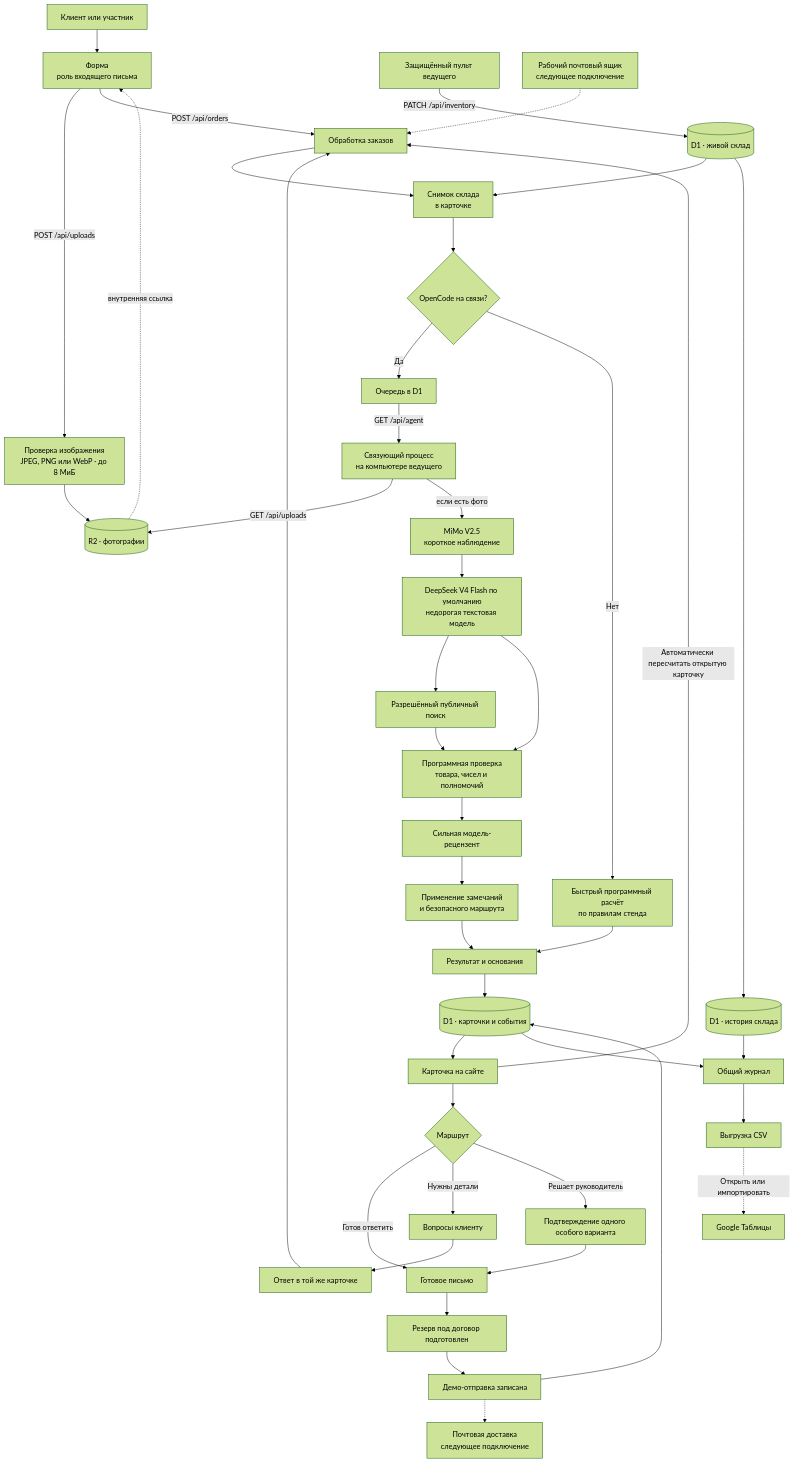
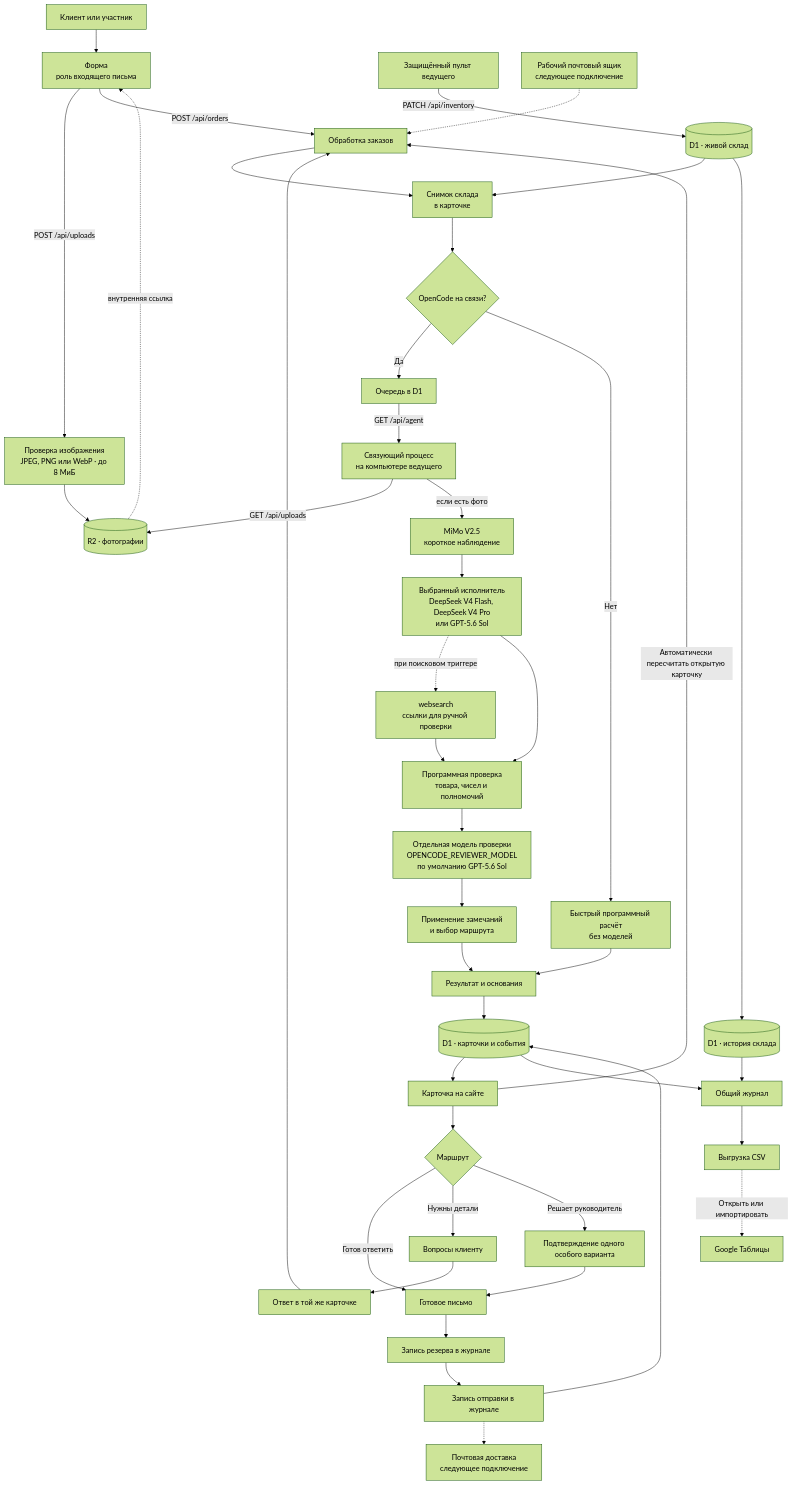
One commit to Matrix6892/Pilot_webinars changed the first of 2 diagrams in docs/ARCHITECTURE-AND-WEBINAR.md. Above: the diagram before and after it, drawn with Mermaid (forest theme). The commit also changed other lines of this file and 23 other files, not shown here.

````diff
--- a/docs/ARCHITECTURE-AND-WEBINAR.md
+++ b/docs/ARCHITECTURE-AND-WEBINAR.md
@@ -86,51 +107,51 @@
 ```mermaid
 flowchart TD
     CLIENT["Клиент или участник"] --> FORM["Форма<br/>роль входящего письма"]
     FORM -- "POST /api/uploads" --> UPLOAD["Проверка изображения<br/>JPEG, PNG или WebP · до 8 МиБ"]
     UPLOAD --> R2[("R2 · фотографии")]
     R2 -. "внутренняя ссылка" .-> FORM
     FORM -- "POST /api/orders" --> ORDERS["Обработка заказов"]
     STOCK[("D1 · живой склад")] --> SNAP["Снимок склада<br/>в карточке"]
     ORDERS --> SNAP
     SNAP --> MODE{"OpenCode на связи?"}
 
     MODE -- "Да" --> QUEUE["Очередь в D1"]
     QUEUE -- "GET /api/agent" --> BRIDGE["Связующий процесс<br/>на компьютере ведущего"]
     BRIDGE -- "GET /api/uploads" --> R2
     BRIDGE -- "если есть фото" --> VISION["MiMo V2.5<br/>короткое наблюдение"]
-    VISION --> WORKER["DeepSeek V4 Flash по умолчанию<br/>недорогая текстовая модель"]
-    WORKER --> SEARCH["Разрешённый публичный поиск"]
+    VISION --> WORKER["Выбранный исполнитель<br/>DeepSeek V4 Flash, DeepSeek V4 Pro<br/>или GPT-5.6 Sol"]
+    WORKER -. "при поисковом триггере" .-> SEARCH["websearch<br/>ссылки для ручной проверки"]
     SEARCH --> GUARD["Программная проверка<br/>товара, чисел и полномочий"]
     WORKER --> GUARD
-    GUARD --> REVIEW["Сильная модель-рецензент"]
-    REVIEW --> SAFE["Применение замечаний<br/>и безопасного маршрута"]
+    GUARD --> REVIEW["Отдельная модель проверки<br/>OPENCODE_REVIEWER_MODEL<br/>по умолчанию GPT-5.6 Sol"]
+    REVIEW --> SAFE["Применение замечаний<br/>и выбор маршрута"]
 
-    MODE -- "Нет" --> FAST["Быстрый программный расчёт<br/>по правилам стенда"]
+    MODE -- "Нет" --> FAST["Быстрый программный расчёт<br/>без моделей"]
     FAST --> RESULT["Результат и основания"]
     SAFE --> RESULT
     RESULT --> ORDERDB[("D1 · карточки и события")]
     ORDERDB --> SITE["Карточка на сайте"]
 
     SITE --> ROUTE{"Маршрут"}
     ROUTE -- "Готов ответить" --> LETTER["Готовое письмо"]
     ROUTE -- "Нужны детали" --> QUESTIONS["Вопросы клиенту"]
     QUESTIONS --> ANSWER["Ответ в той же карточке"]
     ANSWER --> ORDERS
     ROUTE -- "Решает руководитель" --> MANAGER["Подтверждение одного особого варианта"]
     MANAGER --> LETTER
-    LETTER --> RESERVE["Резерв под договор подготовлен"]
-    RESERVE --> SENT["Демо-отправка записана"]
+    LETTER --> RESERVE["Запись резерва в журнале"]
+    RESERVE --> SENT["Запись отправки в журнале"]
     SENT --> ORDERDB
 
     HOST["Защищённый пульт ведущего"] -- "PATCH /api/inventory" --> STOCK
     STOCK --> HISTORY[("D1 · история склада")]
     SITE -- "Автоматически пересчитать открытую карточку" --> ORDERS
 
     ORDERDB --> LEDGER["Общий журнал"]
     HISTORY --> LEDGER
     LEDGER --> CSV["Выгрузка CSV"]
     CSV -. "Открыть или импортировать" .-> SHEETS["Google Таблицы"]
 
     MAILIN["Рабочий почтовый ящик<br/>следующее подключение"] -.-> ORDERS
     SENT -.-> MAILOUT["Почтовая доставка<br/>следующее подключение"]
 ```
````
